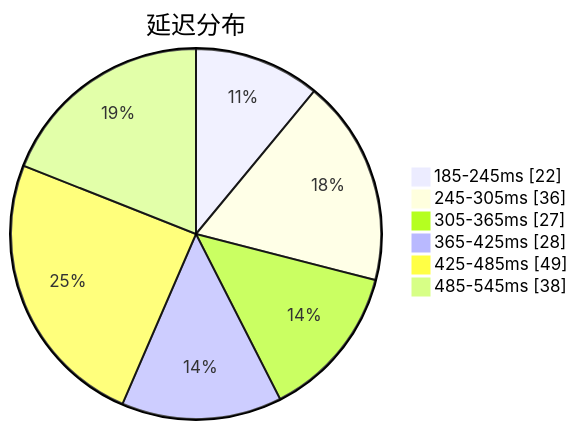
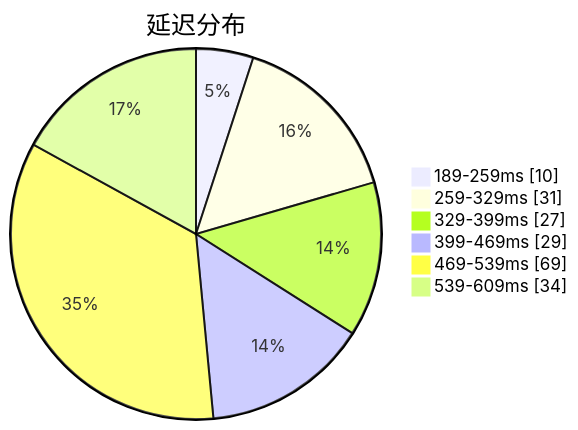
One commit to qjlxg/airport changed the first of 3 diagrams in subs/statistics/tested_within.md. Above: the diagram before and after it, drawn with Mermaid. The commit also changed other lines of this file and 2 other files, not shown here.

````diff
--- a/subs/statistics/tested_within.md
+++ b/subs/statistics/tested_within.md
@@ -2,10 +2,10 @@
 ```mermaid
 pie showData
 title 延迟分布
-"185-245ms" : 22
-"245-305ms" : 36
-"305-365ms" : 27
-"365-425ms" : 28
-"425-485ms" : 49
-"485-545ms" : 38
+"189-259ms" : 10
+"259-329ms" : 31
+"329-399ms" : 27
+"399-469ms" : 29
+"469-539ms" : 69
+"539-609ms" : 34
 ```
````
